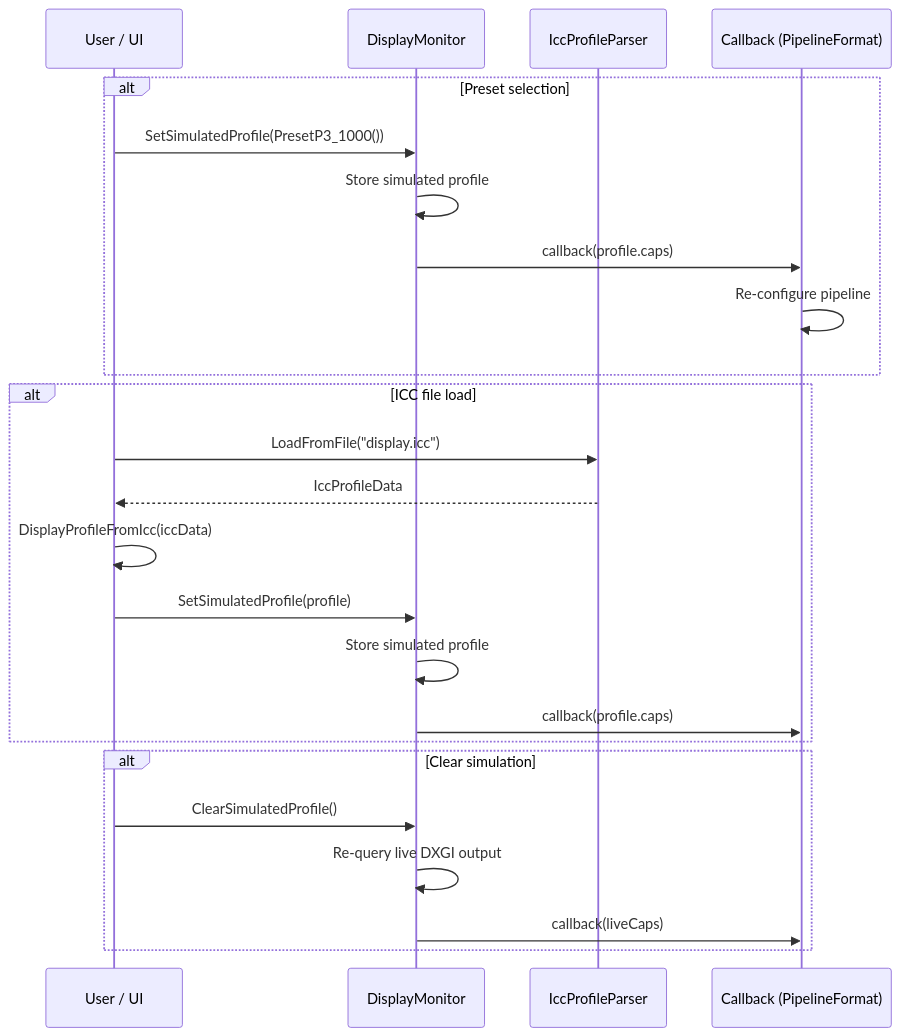
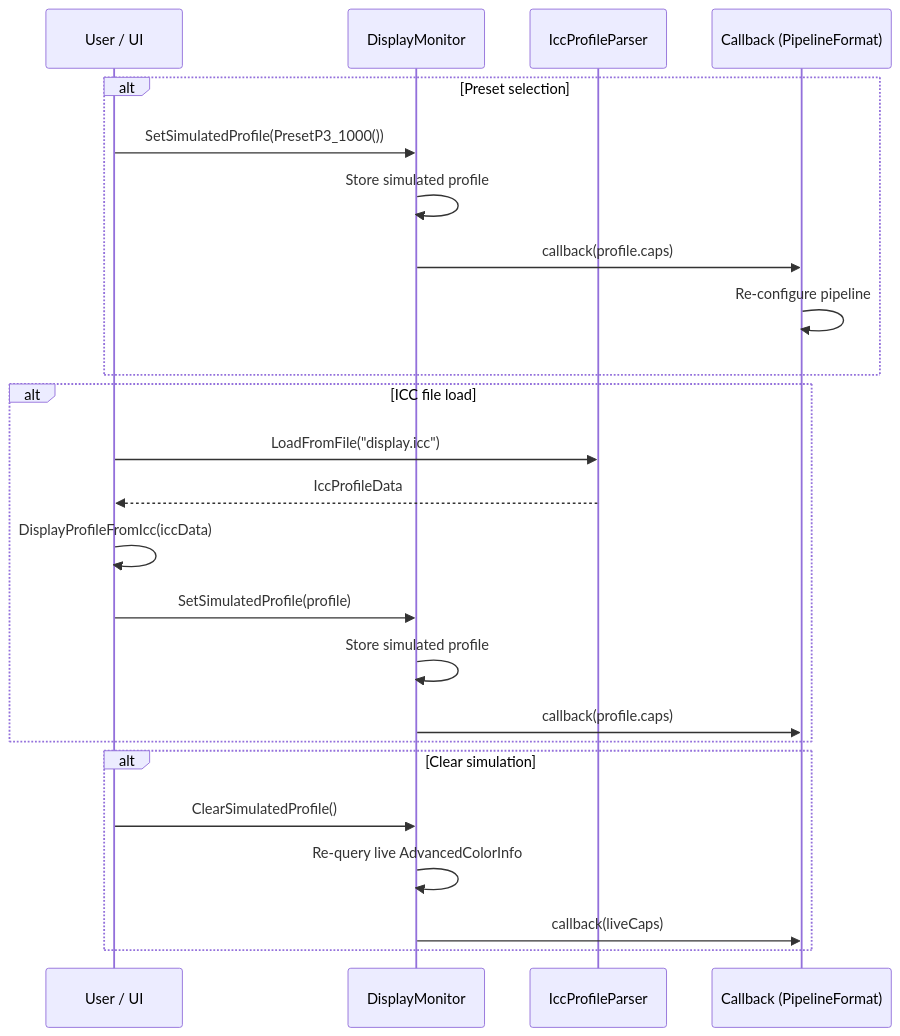
One commit to Spruill-1/ShaderLab changed the second of 2 diagrams in docs/architecture/display-profile-mocking.md. Above: the diagram before and after it, drawn with Mermaid. The commit also changed other lines of this file and 42 other files, not shown here.

````diff
--- a/docs/architecture/display-profile-mocking.md
+++ b/docs/architecture/display-profile-mocking.md
@@ -69,29 +71,29 @@
 ```mermaid
 sequenceDiagram
     participant UI as User / UI
     participant DM as DisplayMonitor
     participant ICC as IccProfileParser
     participant CB as Callback (PipelineFormat)
 
     alt Preset selection
         UI->>DM: SetSimulatedProfile(PresetP3_1000())
         DM->>DM: Store simulated profile
         DM->>CB: callback(profile.caps)
         CB->>CB: Re-configure pipeline
     end
 
     alt ICC file load
         UI->>ICC: LoadFromFile("display.icc")
         ICC-->>UI: IccProfileData
         UI->>UI: DisplayProfileFromIcc(iccData)
         UI->>DM: SetSimulatedProfile(profile)
         DM->>DM: Store simulated profile
         DM->>CB: callback(profile.caps)
     end
 
     alt Clear simulation
         UI->>DM: ClearSimulatedProfile()
-        DM->>DM: Re-query live DXGI output
+        DM->>DM: Re-query live AdvancedColorInfo
         DM->>CB: callback(liveCaps)
     end
 ```
````
